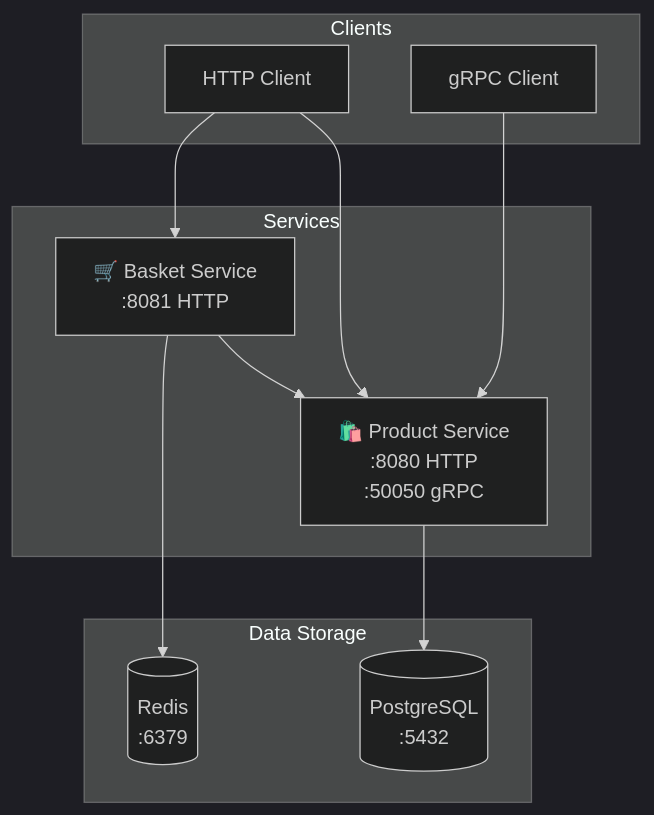
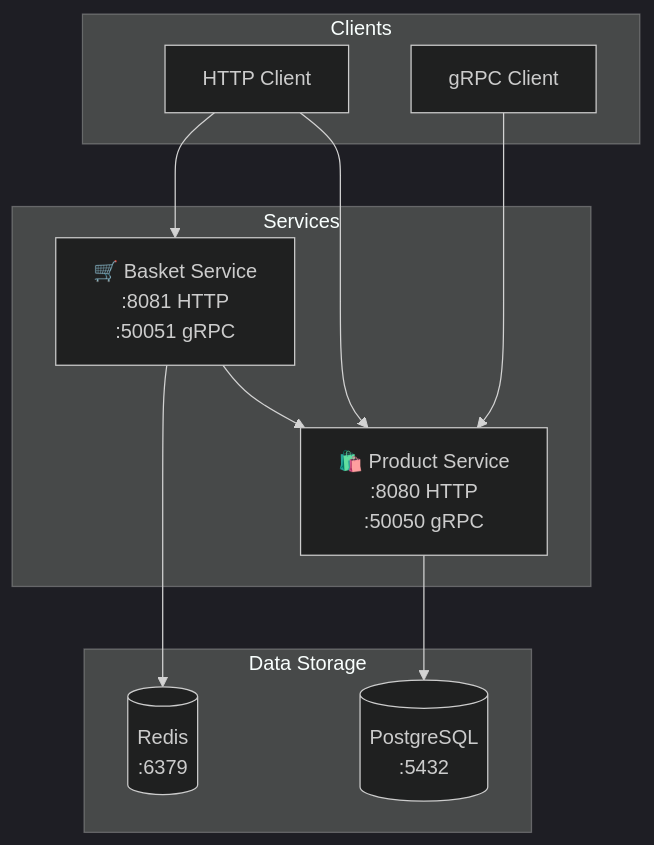
The first of 3 diagrams in README.md (ozturkeniss/obs-tools-usage), drawn with Mermaid (dark theme) before and after one commit. The commit also changed other lines of this file, not shown here.

Commit message:
Update README.md to reflect gRPC support for Basket Service, including port details and architecture changes

````diff
--- a/README.md
+++ b/README.md
@@ -3,24 +3,24 @@
 ```mermaid
 graph TB
     subgraph "Services"
         Product[🛍️ Product Service<br/>:8080 HTTP<br/>:50050 gRPC]
-        Basket[🛒 Basket Service<br/>:8081 HTTP]
+        Basket[🛒 Basket Service<br/>:8081 HTTP<br/>:50051 gRPC]
     end
     
     subgraph "Data Storage"
         PostgreSQL[(PostgreSQL<br/>:5432)]
         Redis[(Redis<br/>:6379)]
     end
     
     subgraph "Clients"
         HTTPClient[HTTP Client]
         GRPCClient[gRPC Client]
     end
     
     HTTPClient --> Product
     HTTPClient --> Basket
     GRPCClient --> Product
     Basket --> Product
     Product --> PostgreSQL
     Basket --> Redis
 ```
````
